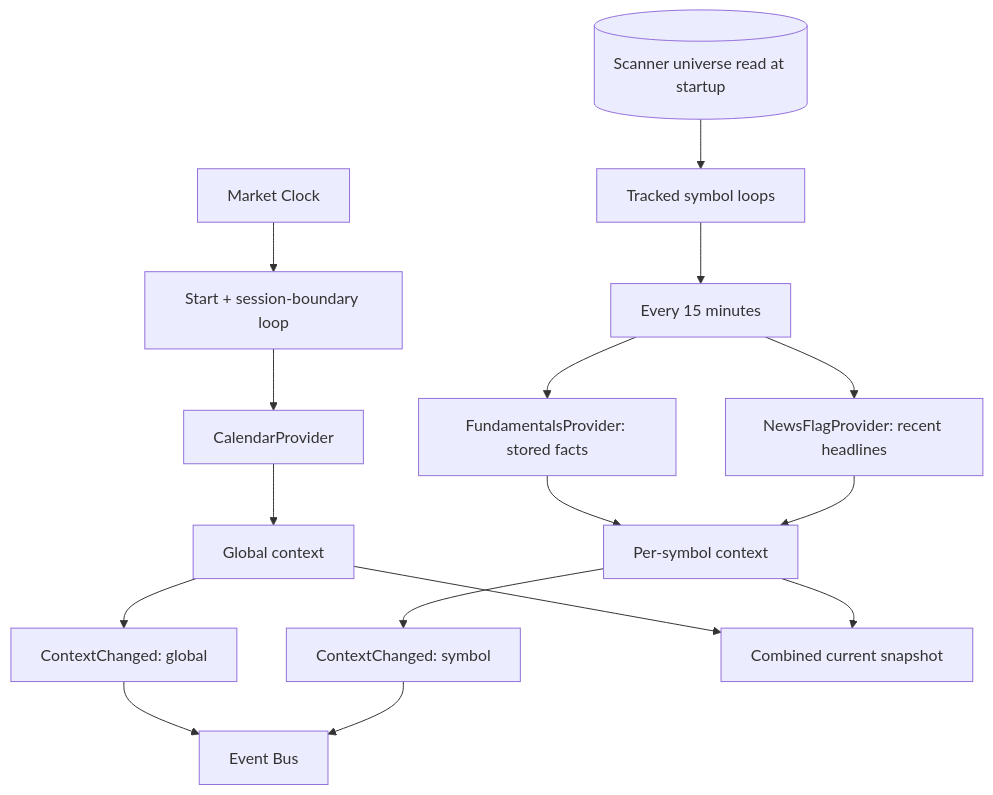
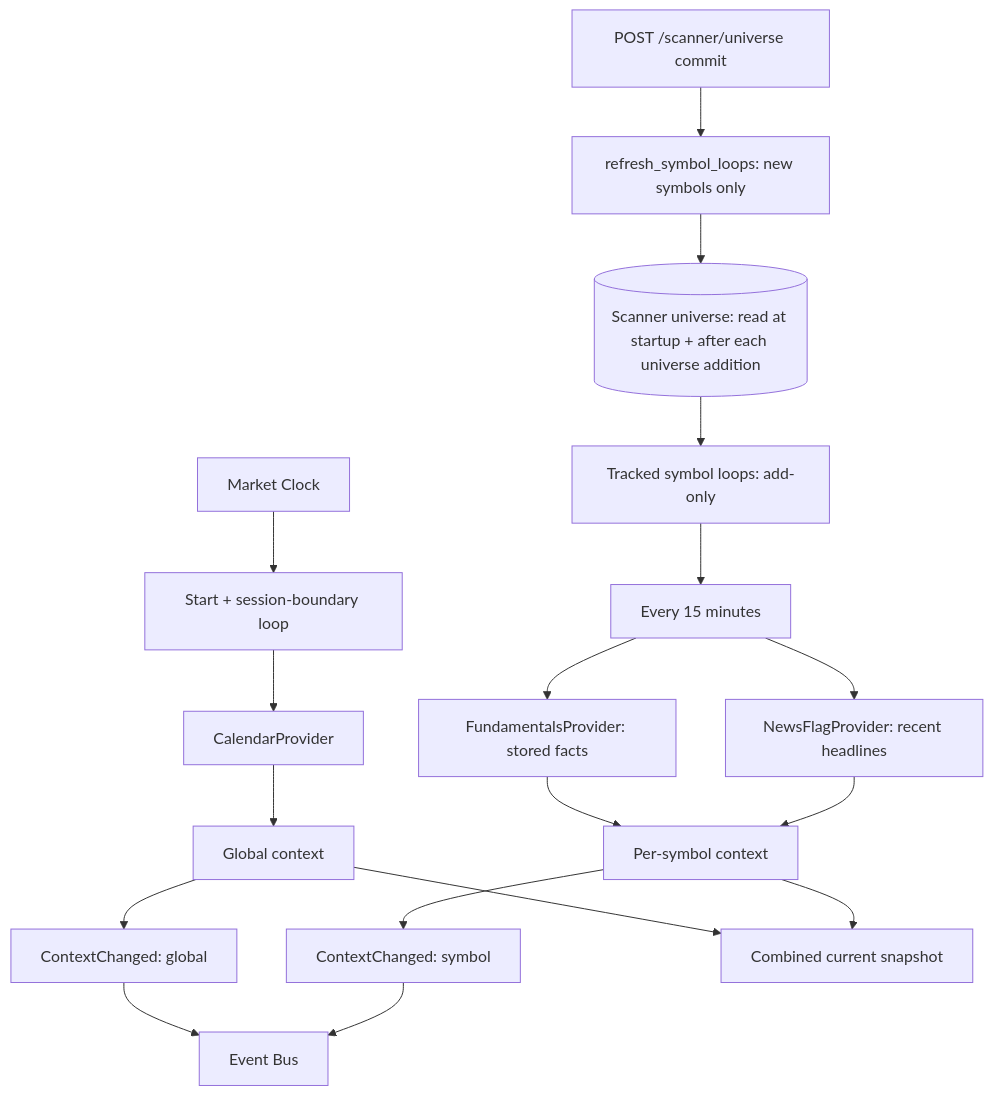
The sixth of 9 diagrams in docs/diagrams/trading-intelligence-overview.md (rotate-zero/agentic-trading-os), drawn with Mermaid before and after one commit. The commit also changed 8 other files, not shown here.

````diff
--- a/docs/diagrams/trading-intelligence-overview.md
+++ b/docs/diagrams/trading-intelligence-overview.md
@@ -112,15 +112,17 @@
 ```mermaid
 flowchart TD
     CLOCK[Market Clock] --> BOUNDARY[Start + session-boundary loop]
     BOUNDARY --> CALENDAR[CalendarProvider]
     CALENDAR --> GLOBAL[Global context]
-    UNIVERSE[(Scanner universe read at startup)] --> SYMBOLS[Tracked symbol loops]
+    UNIVERSE[(Scanner universe: read at startup + after each universe addition)] --> SYMBOLS[Tracked symbol loops: add-only]
+    ADD[POST /scanner/universe commit] --> REFRESH[refresh_symbol_loops: new symbols only]
+    REFRESH --> UNIVERSE
     SYMBOLS --> TIMER[Every 15 minutes]
     TIMER --> FUND[FundamentalsProvider: stored facts]
     TIMER --> NEWS[NewsFlagProvider: recent headlines]
     FUND & NEWS --> LOCAL[Per-symbol context]
     GLOBAL --> GEVENT[ContextChanged: global]
     LOCAL --> SEVENT[ContextChanged: symbol]
     GLOBAL & LOCAL --> SNAP[Combined current snapshot]
     GEVENT & SEVENT --> BUS[Event Bus]
 ```
````
